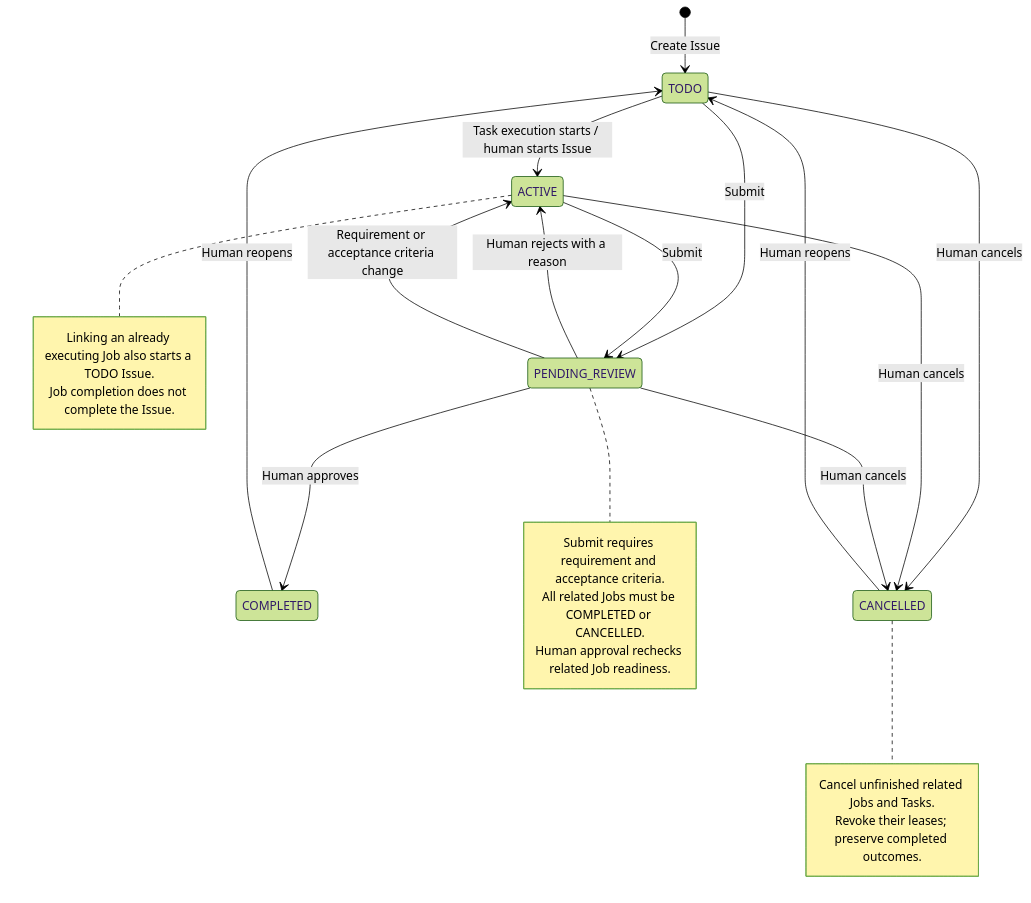
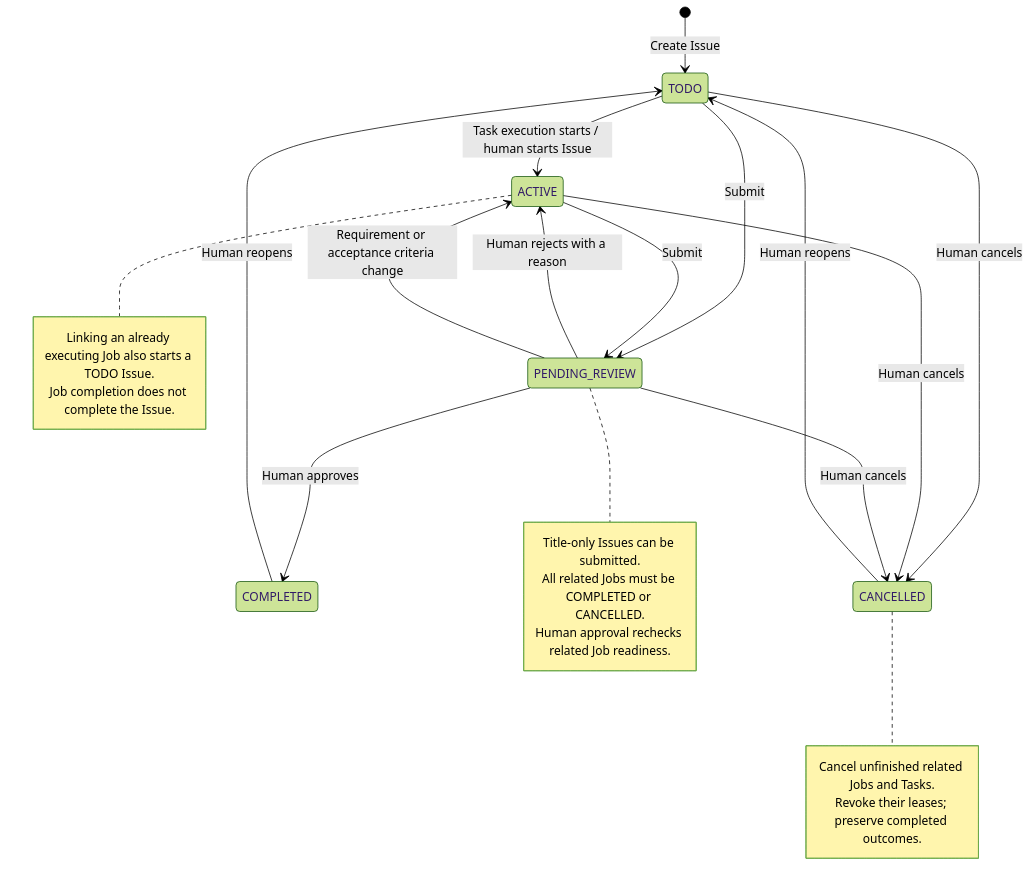
One commit to tenfyzhong/agentix changed the diagram in docs/project-issues.md. Above: the diagram before and after it, drawn with Mermaid (forest theme). The commit also changed other lines of this file and 37 other files, not shown here.

````diff
--- a/docs/project-issues.md
+++ b/docs/project-issues.md
@@ -25,29 +25,29 @@
 ```mermaid
 stateDiagram-v2
     [*] --> TODO: Create Issue
     TODO --> ACTIVE: Task execution starts / human starts Issue
     TODO --> PENDING_REVIEW: Submit
     ACTIVE --> PENDING_REVIEW: Submit
     PENDING_REVIEW --> COMPLETED: Human approves
     PENDING_REVIEW --> ACTIVE: Human rejects with a reason
     PENDING_REVIEW --> ACTIVE: Requirement or acceptance criteria change
     TODO --> CANCELLED: Human cancels
     ACTIVE --> CANCELLED: Human cancels
     PENDING_REVIEW --> CANCELLED: Human cancels
     COMPLETED --> TODO: Human reopens
     CANCELLED --> TODO: Human reopens
 
     note right of ACTIVE
         Linking an already executing Job also starts a TODO Issue.
         Job completion does not complete the Issue.
     end note
     note right of PENDING_REVIEW
-        Submit requires requirement and acceptance criteria.
+        Title-only Issues can be submitted.
         All related Jobs must be COMPLETED or CANCELLED.
         Human approval rechecks related Job readiness.
     end note
     note right of CANCELLED
         Cancel unfinished related Jobs and Tasks.
         Revoke their leases; preserve completed outcomes.
     end note
 ```
````
